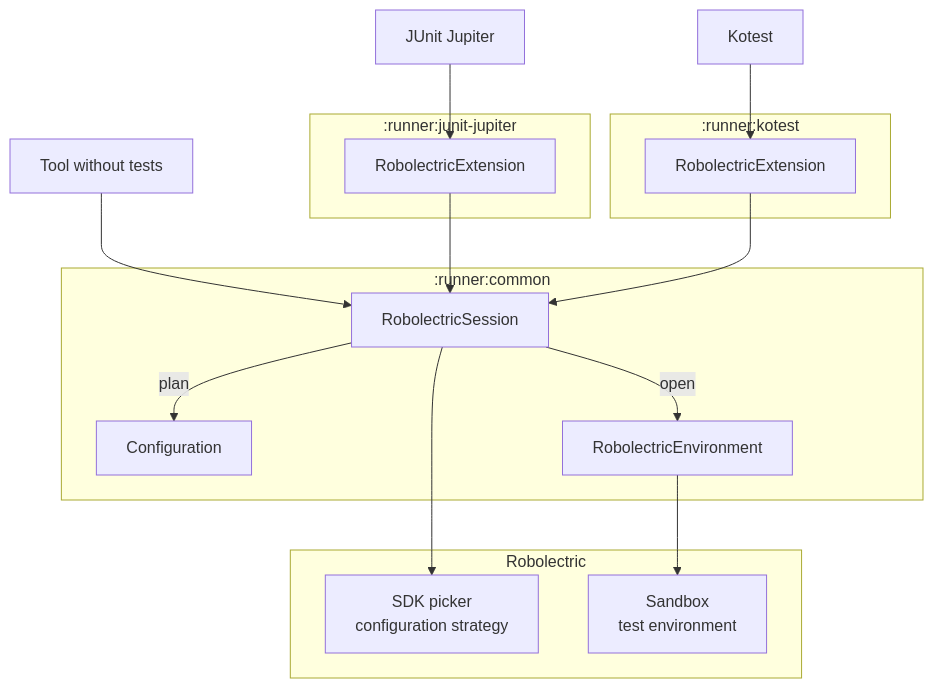
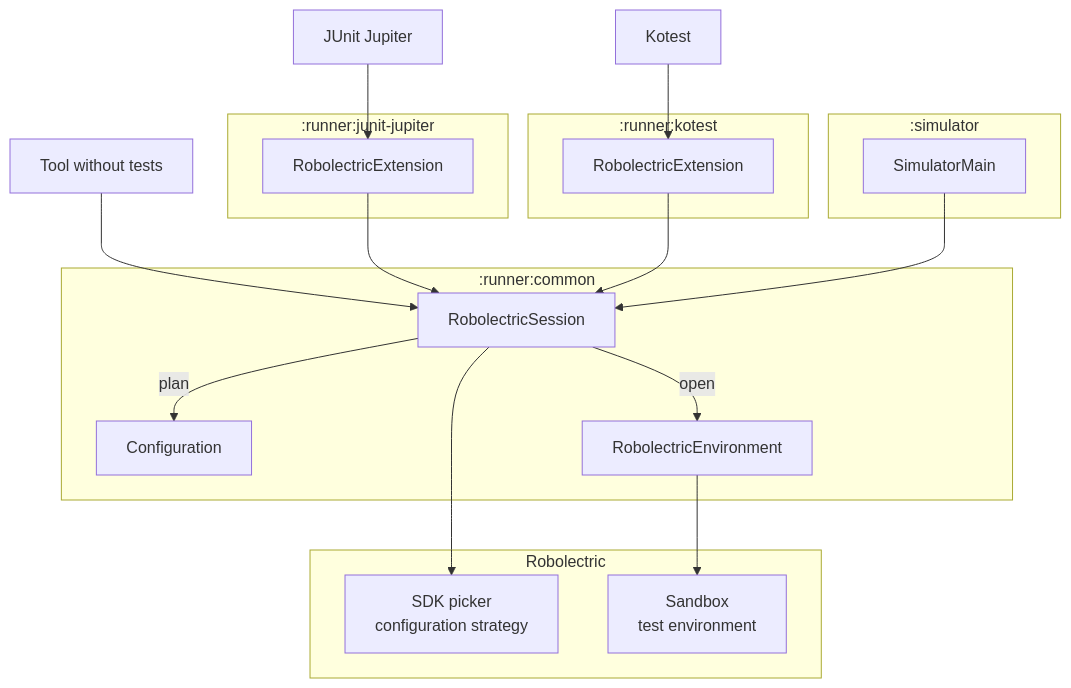
Before and after one commit to robolectric/robolectric: the first of 3 diagrams in runner/README.md, drawn with Mermaid. The commit also changed other lines of this file and 24 other files, not shown here.

````diff
--- a/runner/README.md
+++ b/runner/README.md
@@ -98,29 +98,34 @@
 ```mermaid
 flowchart TD
   junit["JUnit Jupiter"] --> extension
   kotest["Kotest"] --> specExtension
   tool["Tool without tests"] --> session
 
   subgraph jupiter [":runner:junit-jupiter"]
     extension["RobolectricExtension"]
   end
 
   subgraph kotestModule [":runner:kotest"]
     specExtension["RobolectricExtension"]
   end
 
+  subgraph simulatorModule [":simulator"]
+    simulator["SimulatorMain"]
+  end
+
   subgraph common [":runner:common"]
     session["RobolectricSession"] -- plan --> configuration["Configuration"]
     session -- open --> environment["RobolectricEnvironment"]
   end
 
   subgraph robolectric ["Robolectric"]
     selection["SDK picker<br/>configuration strategy"]
     sandbox["Sandbox<br/>test environment"]
   end
 
   extension --> session
   specExtension --> session
+  simulator --> session
   session --> selection
   environment --> sandbox
 ```
````
